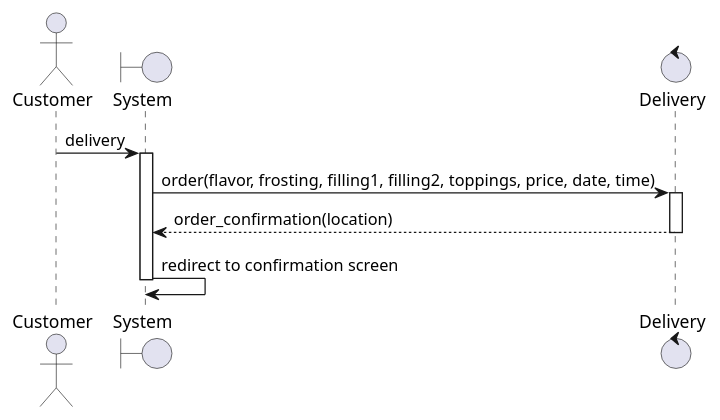
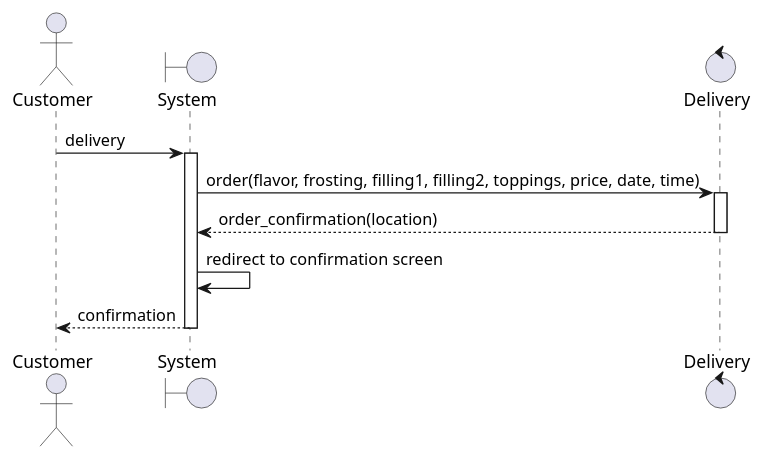
One commit to mnguye49/finalProject changed the diagram in diagrams/sequences/delivery.puml. Above: the diagram before and after it, drawn with PlantUML.

```diff
--- a/diagrams/sequences/delivery.puml
+++ b/diagrams/sequences/delivery.puml
@@ -1,13 +1,14 @@
 @startuml delivery
 actor Customer
 boundary "System" as system
 control "Delivery" as deliver
 Customer -> system: delivery
 activate system
 system -> deliver: order(flavor, frosting, filling1, filling2, toppings, price, date, time)
 activate deliver
 deliver --> system: order_confirmation(location)
 deactivate deliver
 system -> system: redirect to confirmation screen
+system --> Customer: confirmation
 deactivate system
 @enduml
```
